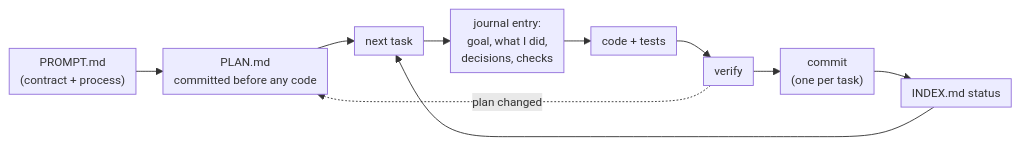
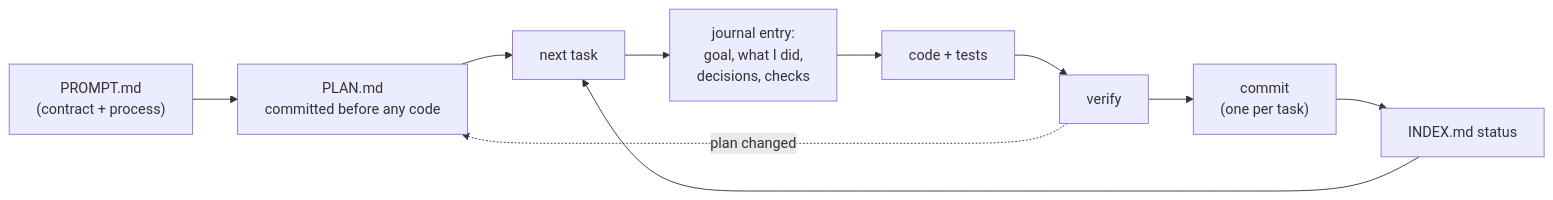
Before and after one commit to zip-agents/api-gateway: the second of 21 diagrams in README.md, drawn with Mermaid. The commit also changed other lines of this file and 1 other file, not shown here.

````diff
--- a/README.md
+++ b/README.md
@@ -202,10 +259,9 @@
 ```mermaid
-%%{init: {"themeVariables": {"fontSize": "13px"}, "flowchart": {"nodeSpacing": 25, "rankSpacing": 30, "padding": 6}}}%%
 flowchart LR
     P["PROMPT.md<br/>(contract + process)"] --> PL["PLAN.md<br/>committed before any code"]
     PL --> T["next task"]
     T --> J["journal entry:<br/>goal, what I did,<br/>decisions, checks"]
     J --> C["code + tests"] --> V["verify"] --> CM["commit<br/>(one per task)"]
     CM --> IX["INDEX.md status"] --> T
     V -. "plan changed" .-> PL
 ```
````
